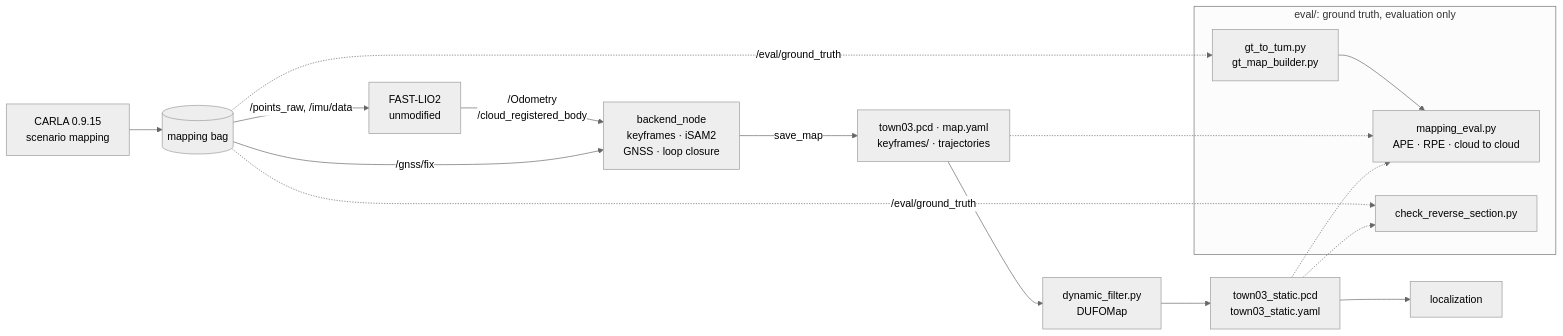
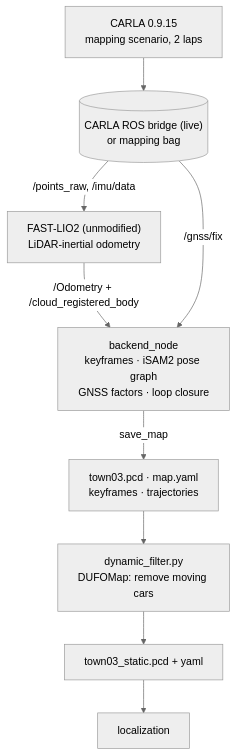
One commit to abdalrhmangamal12/brightdrive_localization changed the first of 3 diagrams in mapping/brightdrive_mapping/README.md. Above: the diagram before and after it, drawn with Mermaid. The commit also changed other lines of this file, not shown here.

Commit message:
mapping: README with results, reverse-section figure, data link and design limitations

````diff
--- a/mapping/brightdrive_mapping/README.md
+++ b/mapping/brightdrive_mapping/README.md
@@ -23,21 +21,12 @@
 ```mermaid
 %%{init: {"theme": "neutral"}}%%
-flowchart LR
-  SIM["CARLA 0.9.15<br/>scenario mapping"] --> BAG[("mapping bag")]
-  BAG -- "/points_raw, /imu/data" --> FL["FAST-LIO2<br/>unmodified"]
-  FL -- "/Odometry<br/>/cloud_registered_body" --> BE["backend_node<br/>keyframes · iSAM2<br/>GNSS · loop closure"]
+flowchart TD
+  SIM["CARLA 0.9.15<br/>mapping scenario, 2 laps"] --> BAG[("CARLA ROS bridge (live)<br/>or mapping bag")]
+  BAG -- "/points_raw, /imu/data" --> FL["FAST-LIO2 (unmodified)<br/>LiDAR-inertial odometry"]
+  FL -- "/Odometry + /cloud_registered_body" --> BE["backend_node<br/>keyframes · iSAM2 pose graph<br/>GNSS factors · loop closure"]
   BAG -- "/gnss/fix" --> BE
-  BE -- "save_map" --> RAW["town03.pcd · map.yaml<br/>keyframes/ · trajectories"]
-  RAW --> DF["dynamic_filter.py<br/>DUFOMap"]
-  DF --> STATIC["town03_static.pcd<br/>town03_static.yaml"]
+  BE -- "save_map" --> RAW["town03.pcd · map.yaml<br/>keyframes · trajectories"]
+  RAW --> DF["dynamic_filter.py<br/>DUFOMap: remove moving cars"]
+  DF --> STATIC["town03_static.pcd + yaml"]
   STATIC --> LOC["localization"]
-  subgraph EVAL["eval/: ground truth, evaluation only"]
-    GT["gt_to_tum.py<br/>gt_map_builder.py"] --> ME["mapping_eval.py<br/>APE · RPE · cloud to cloud"]
-    RC["check_reverse_section.py"]
-  end
-  BAG -.->|"/eval/ground_truth"| GT
-  BAG -.->|"/eval/ground_truth"| RC
-  RAW -.-> ME
-  STATIC -.-> ME
-  STATIC -.-> RC
 ```
````
